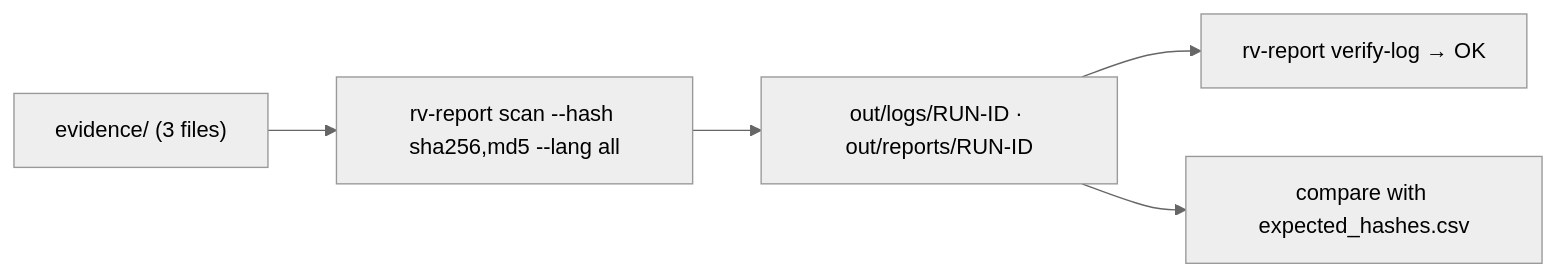
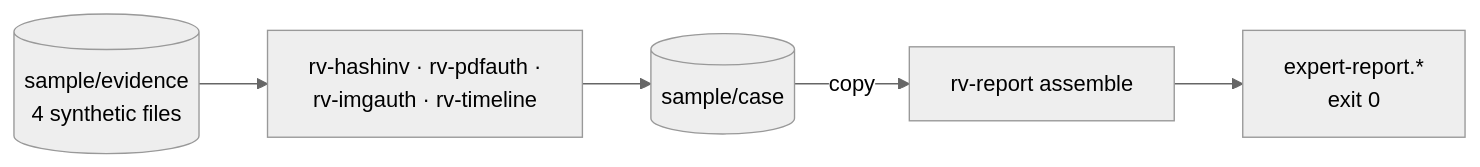
Before and after one commit to Panacota96/rv-report: the diagram in examples/README.md, drawn with Mermaid (neutral theme). The commit also changed other lines of this file and 240 other files, not shown here.

First line of the commit message:
feat: RV Report v0.1 — expert report assembled from a verified case (#7)

````diff
--- a/examples/README.md
+++ b/examples/README.md
@@ -14,7 +7,7 @@
 ```mermaid
 flowchart LR
-    E["evidence/ (3 files)"] --> S["rv-report scan --hash sha256,md5 --lang all"]
-    S --> O["out/logs/RUN-ID · out/reports/RUN-ID"]
-    O --> V["rv-report verify-log → OK"]
-    O --> C["compare with expected_hashes.csv"]
+    E[("sample/evidence<br/>4 synthetic files")] --> T["rv-hashinv · rv-pdfauth ·<br/>rv-imgauth · rv-timeline"]
+    T --> C[("sample/case")]
+    C -->|copy| R["rv-report assemble"]
+    R --> O["expert-report.*<br/>exit 0"]
 ```
````
